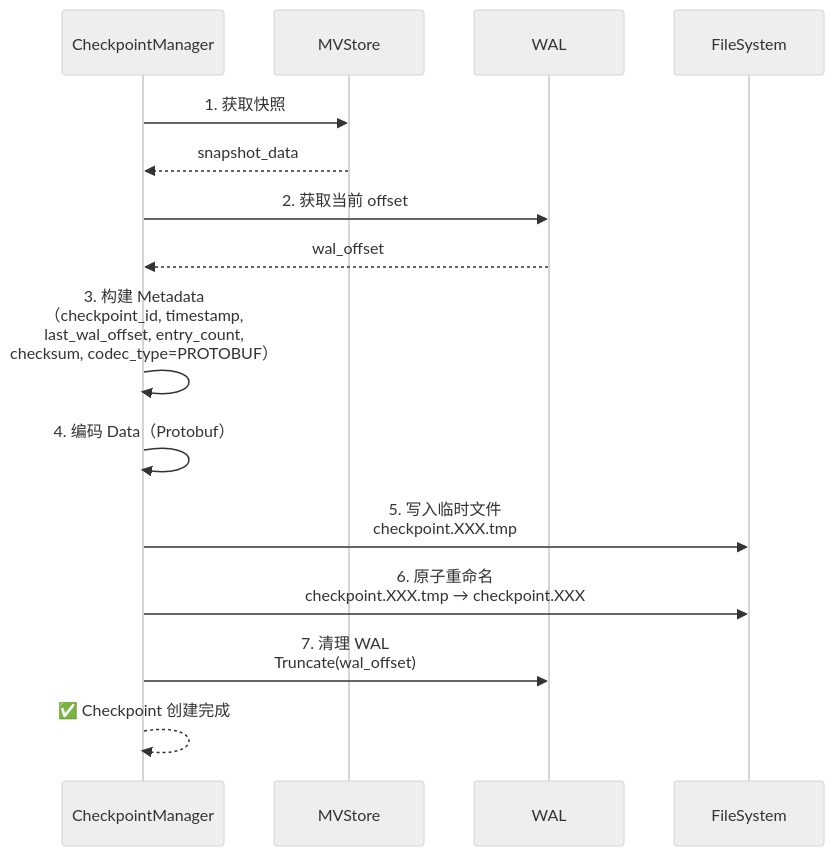
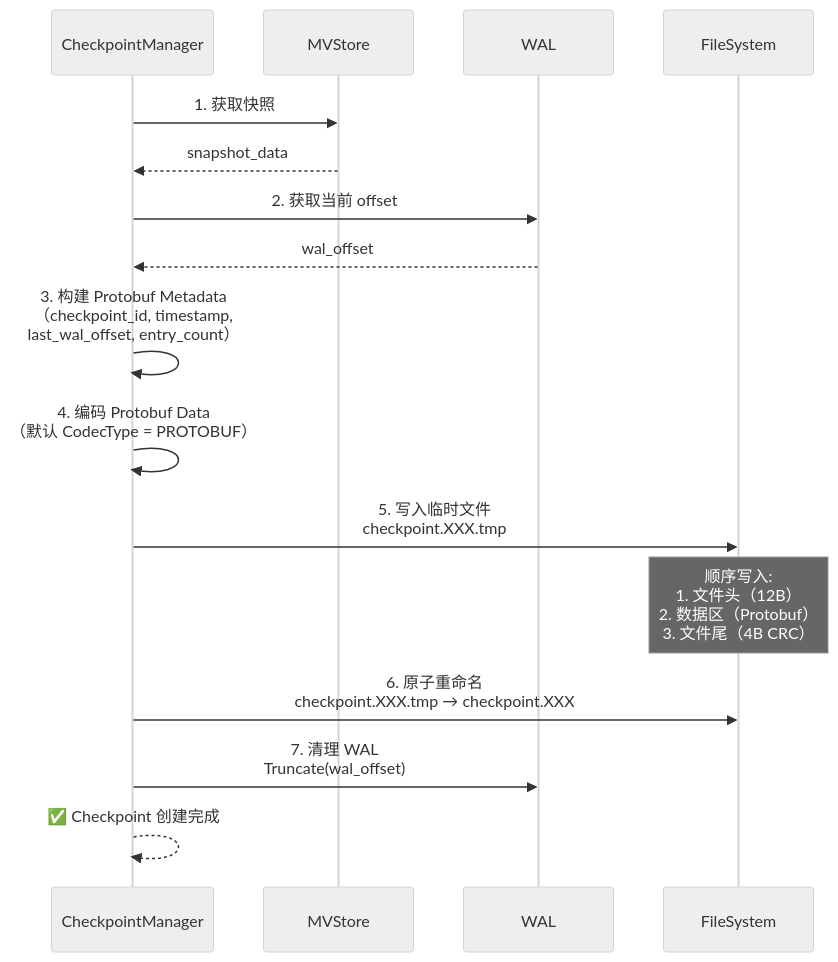
Before and after one commit to jzhang405/NexKV: the fifth of 8 diagrams in docs/06_project_management/pr_documents/feature/2026-01-19_PR-003_WAL_Checkpoint_机制实现_Pre.md, drawn with Mermaid (neutral theme). The commit also changed other lines of this file, not shown here.

First line of the commit message:
docs(pr-003): 统一 Checkpoint 文件格式为三段式

````diff
--- a/docs/06_project_management/pr_documents/feature/2026-01-19_PR-003_WAL_Checkpoint_机制实现_Pre.md
+++ b/docs/06_project_management/pr_documents/feature/2026-01-19_PR-003_WAL_Checkpoint_机制实现_Pre.md
@@ -269,25 +291,26 @@
 ```mermaid
 sequenceDiagram
     participant CM as CheckpointManager
     participant MV as MVStore
     participant WAL as WAL
     participant FS as FileSystem
 
     CM->>MV: 1. 获取快照
     MV-->>CM: snapshot_data
 
     CM->>WAL: 2. 获取当前 offset
     WAL-->>CM: wal_offset
 
-    CM->>CM: 3. 构建 Metadata<br/>（checkpoint_id, timestamp,<br/>last_wal_offset, entry_count,<br/>checksum, codec_type=PROTOBUF）
+    CM->>CM: 3. 构建 Protobuf Metadata<br/>（checkpoint_id, timestamp,<br/>last_wal_offset, entry_count）
 
-    CM->>CM: 4. 编码 Data（Protobuf）
+    CM->>CM: 4. 编码 Protobuf Data<br/>（默认 CodecType = PROTOBUF）
 
     CM->>FS: 5. 写入临时文件<br/>checkpoint.XXX.tmp
+    Note over FS: 顺序写入:<br/>1. 文件头（12B）<br/>2. 数据区（Protobuf）<br/>3. 文件尾（4B CRC）
 
     CM->>FS: 6. 原子重命名<br/>checkpoint.XXX.tmp → checkpoint.XXX
 
     CM->>WAL: 7. 清理 WAL<br/>Truncate(wal_offset)
 
     CM-->>CM: ✅ Checkpoint 创建完成
 ```
````
